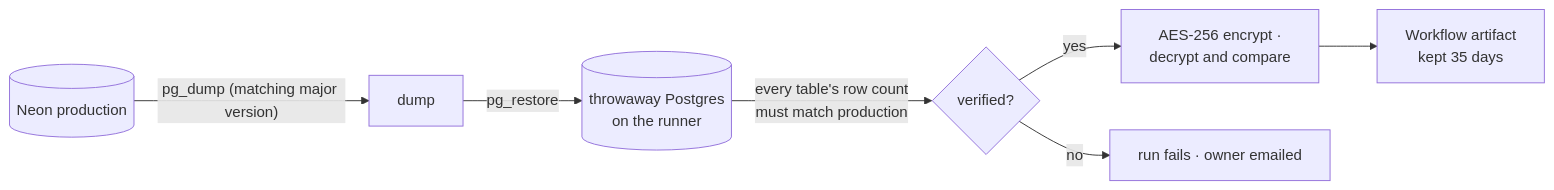
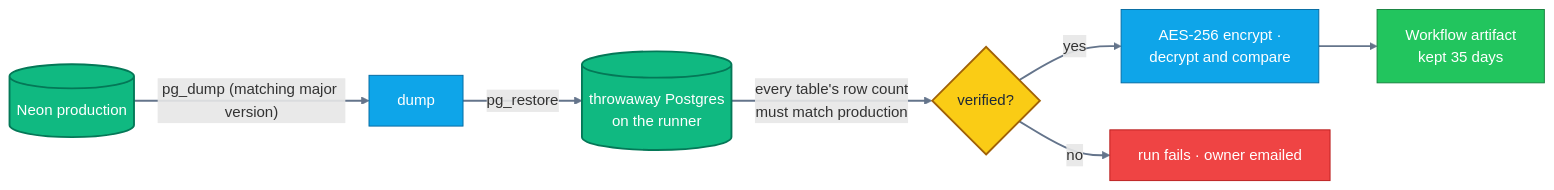
One commit to vikramyadav1404/quadrantcode changed the fourth of 4 diagrams in README.md. Above: the diagram before and after it, drawn with Mermaid. The commit also changed other lines of this file, not shown here.

Commit message:
docs(readme): coloured diagrams, test-case button

````diff
--- a/README.md
+++ b/README.md
@@ -149,9 +193,21 @@
 ```mermaid
 flowchart LR
     DB[("Neon production")] -->|"pg_dump (matching major version)"| D["dump"]
     D -->|"pg_restore"| T[("throwaway Postgres<br/>on the runner")]
     T -->|"every table's row count<br/>must match production"| OK{verified?}
     OK -->|yes| E["AES-256 encrypt ·<br/>decrypt and compare"]
     E --> ART["Workflow artifact<br/>kept 35 days"]
     OK -->|no| FAIL["run fails · owner emailed"]
+
+    classDef db fill:#10b981,stroke:#047857,color:#ffffff,stroke-width:2px
+    classDef step fill:#0ea5e9,stroke:#0369a1,color:#ffffff
+    classDef check fill:#facc15,stroke:#a16207,color:#1f2937,stroke-width:2px
+    classDef good fill:#22c55e,stroke:#15803d,color:#ffffff
+    classDef bad fill:#ef4444,stroke:#b91c1c,color:#ffffff
+    class DB,T db
+    class D,E step
+    class OK check
+    class ART good
+    class FAIL bad
+    linkStyle default stroke:#64748b,stroke-width:2px
 ```
````
